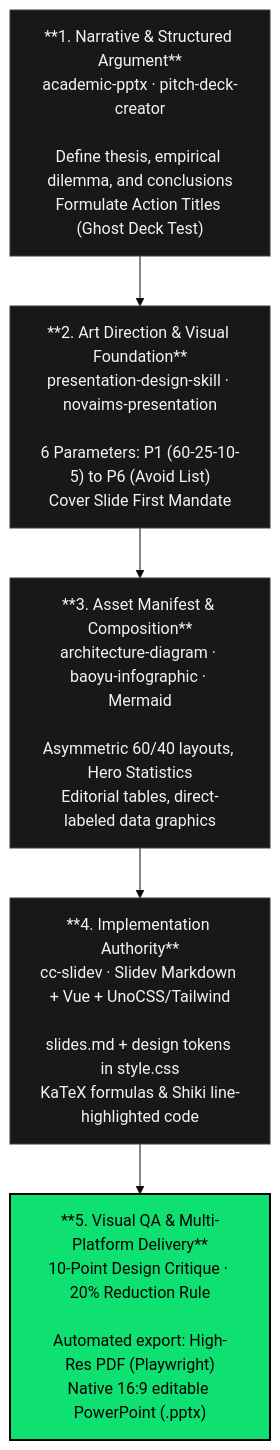
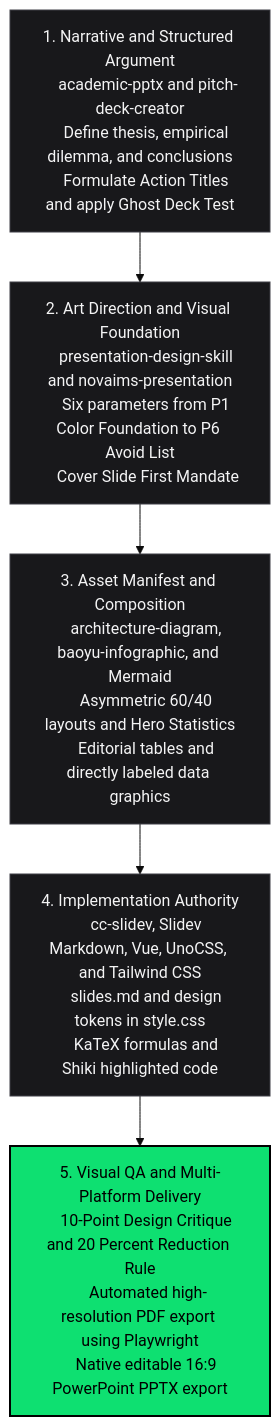
One commit to adrxLV/presentation-suite-workflow changed the diagram in README.md. Above: the diagram before and after it, drawn with Mermaid (base theme).

Commit message:
Update flowchart steps in README.md

````diff
--- a/README.md
+++ b/README.md
@@ -27,20 +27,40 @@
 ```mermaid
+
 flowchart TD
-    classDef step fill:#18181b,stroke:#3f3f46,stroke-width:1px,color:#f4f4f5
-    classDef accent fill:#0EE071,stroke:#000000,stroke-width:2px,color:#000000
+    step1["1. Narrative and Structured Argument
+    academic-pptx and pitch-deck-creator
+    Define thesis, empirical dilemma, and conclusions
+    Formulate Action Titles and apply Ghost Deck Test"]
 
-    step1["**1. Narrative & Structured Argument**<br/>academic-pptx · pitch-deck-creator<br/><br/>Define thesis, empirical dilemma, and conclusions<br/>Formulate Action Titles (Ghost Deck Test)"]:::step
+    step2["2. Art Direction and Visual Foundation
+    presentation-design-skill and novaims-presentation
+    Six parameters from P1 Color Foundation to P6 Avoid List
+    Cover Slide First Mandate"]
 
-    step2["**2. Art Direction & Visual Foundation**<br/>presentation-design-skill · novaims-presentation<br/><br/>6 Parameters: P1 (60-25-10-5) to P6 (Avoid List)<br/>Cover Slide First Mandate"]:::step
+    step3["3. Asset Manifest and Composition
+    architecture-diagram, baoyu-infographic, and Mermaid
+    Asymmetric 60/40 layouts and Hero Statistics
+    Editorial tables and directly labeled data graphics"]
 
-    step3["**3. Asset Manifest & Composition**<br/>architecture-diagram · baoyu-infographic · Mermaid<br/><br/>Asymmetric 60/40 layouts, Hero Statistics<br/>Editorial tables, direct-labeled data graphics"]:::step
+    step4["4. Implementation Authority
+    cc-slidev, Slidev Markdown, Vue, UnoCSS, and Tailwind CSS
+    slides.md and design tokens in style.css
+    KaTeX formulas and Shiki highlighted code"]
 
-    step4["**4. Implementation Authority**<br/>cc-slidev · Slidev Markdown + Vue + UnoCSS/Tailwind<br/><br/>slides.md + design tokens in style.css<br/>KaTeX formulas & Shiki line-highlighted code"]:::step
-
-    step5["**5. Visual QA & Multi-Platform Delivery**<br/>10-Point Design Critique · 20% Reduction Rule<br/><br/>Automated export: High-Res PDF (Playwright)<br/>Native 16:9 editable PowerPoint (.pptx)"]:::accent
+    step5["5. Visual QA and Multi-Platform Delivery
+    10-Point Design Critique and 20 Percent Reduction Rule
+    Automated high-resolution PDF export using Playwright
+    Native editable 16:9 PowerPoint PPTX export"]
 
     step1 --> step2
     step2 --> step3
     step3 --> step4
     step4 --> step5
+
+    classDef step fill:#18181b,stroke:#3f3f46,stroke-width:1px,color:#f4f4f5
+    classDef accent fill:#0EE071,stroke:#000000,stroke-width:2px,color:#000000
+
+    class step1,step2,step3,step4 step
+    class step5 accent
+
 ```
````
